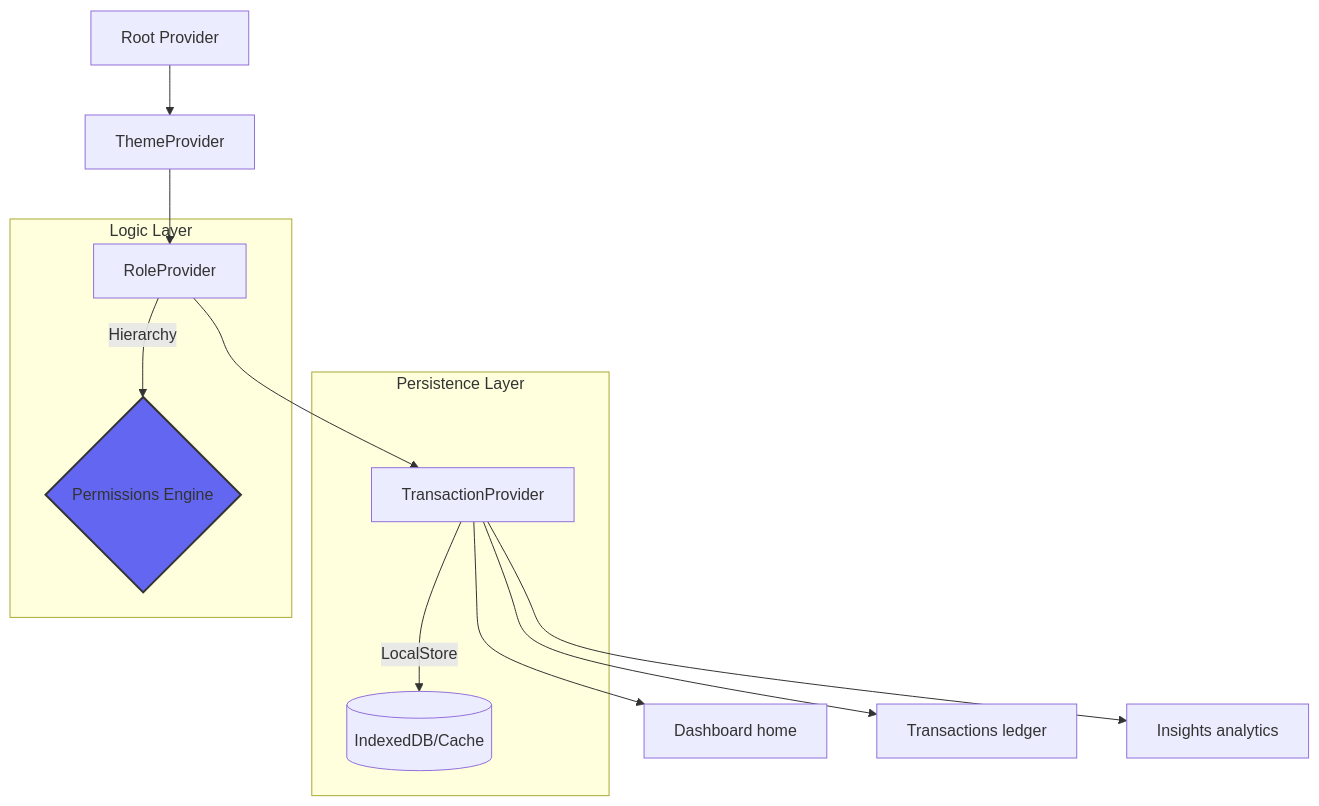
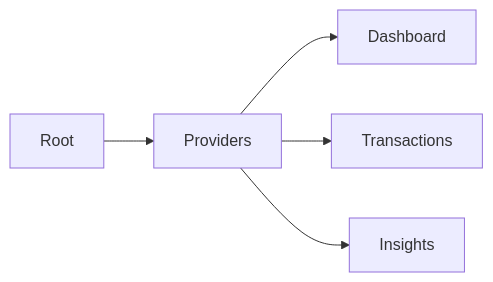
Before and after one commit to Mezan2002/finance-dashboard-client: the diagram in README.md, drawn with Mermaid. The commit also changed other lines of this file and 2 other files, not shown here.

````diff
--- a/README.md
+++ b/README.md
@@ -59,18 +40,7 @@
 ```mermaid
-graph TD
-    A[Root Provider] --> B[ThemeProvider]
-    B --> C[RoleProvider]
-    C --> D[TransactionProvider]
-    D --> E[Dashboard home]
-    D --> F[Transactions ledger]
-    D --> G[Insights analytics]
-
-    subgraph "Persistence Layer"
-    D -- LocalStore --> H[(IndexedDB/Cache)]
-    end
-
-    subgraph "Logic Layer"
-    C -- Hierarchy --> I{Permissions Engine}
-    style I fill:#6366f1,stroke:#333,stroke-width:2px;
-    end
+graph LR
+    A[Root] --> B[Providers]
+    B --> C[Dashboard]
+    B --> D[Transactions]
+    B --> E[Insights]
 ```
````
